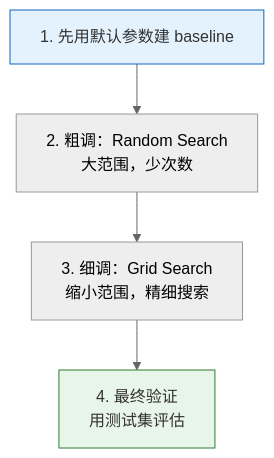
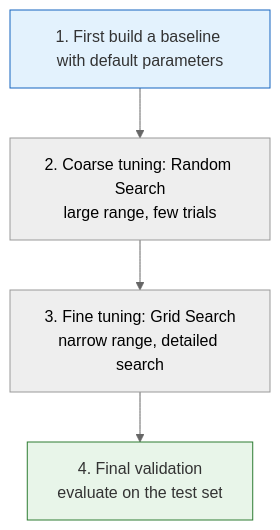
Before and after one commit to oudbiao/AI-fullstack-course: the third of 3 diagrams in docs/ch05-machine-learning/ch04-evaluation/04-hyperparameter-tuning.md, drawn with Mermaid (neutral theme). The commit also changed other lines of this file and 1406 other files, not shown here.

Commit message:
Set English as default localized course

````diff
--- a/docs/ch05-machine-learning/ch04-evaluation/04-hyperparameter-tuning.md
+++ b/docs/ch05-machine-learning/ch04-evaluation/04-hyperparameter-tuning.md
@@ -391,9 +391,9 @@
 ```mermaid
 flowchart TD
-    A["1. 先用默认参数建 baseline"] --> B["2. 粗调：Random Search<br/>大范围，少次数"]
-    B --> C["3. 细调：Grid Search<br/>缩小范围，精细搜索"]
-    C --> D["4. 最终验证<br/>用测试集评估"]
+    A["1. First build a baseline with default parameters"] --> B["2. Coarse tuning: Random Search<br/>large range, few trials"]
+    B --> C["3. Fine tuning: Grid Search<br/>narrow range, detailed search"]
+    C --> D["4. Final validation<br/>evaluate on the test set"]
 
     style A fill:#e3f2fd,stroke:#1565c0,color:#333
     style D fill:#e8f5e9,stroke:#2e7d32,color:#333
 ```
````
